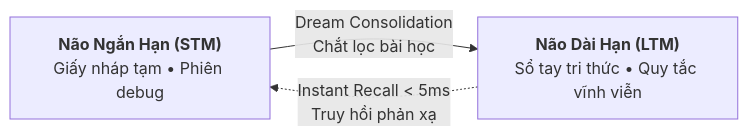
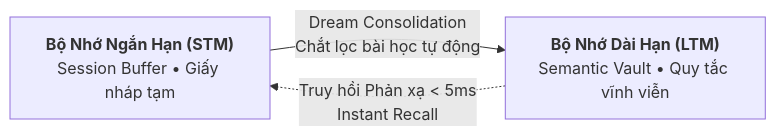
One commit to hainguyen011/Aevum-website changed the diagram in content/docs/07-cognitive-dual-memory.md. Above: the diagram before and after it, drawn with Mermaid. The commit also changed other lines of this file and 46 other files, not shown here.

````diff
--- a/content/docs/07-cognitive-dual-memory.md
+++ b/content/docs/07-cognitive-dual-memory.md
@@ -18,7 +14,7 @@
 ```mermaid
 flowchart LR
-    STM["<b>Não Ngắn Hạn (STM)</b><br/>Giấy nháp tạm • Phiên debug"]
-    LTM["<b>Não Dài Hạn (LTM)</b><br/>Sổ tay tri thức • Quy tắc vĩnh viễn"]
-    STM -->|Dream Consolidation<br/>Chắt lọc bài học| LTM
-    LTM -.->|Instant Recall < 5ms<br/>Truy hồi phản xạ| STM
+    STM["<b>Bộ Nhớ Ngắn Hạn (STM)</b><br/>Session Buffer • Giấy nháp tạm"]
+    LTM["<b>Bộ Nhớ Dài Hạn (LTM)</b><br/>Semantic Vault • Quy tắc vĩnh viễn"]
+    STM -->|Dream Consolidation<br/>Chắt lọc bài học tự động| LTM
+    LTM -.->|Truy hồi Phản xạ < 5ms<br/>Instant Recall| STM
 ```
````
